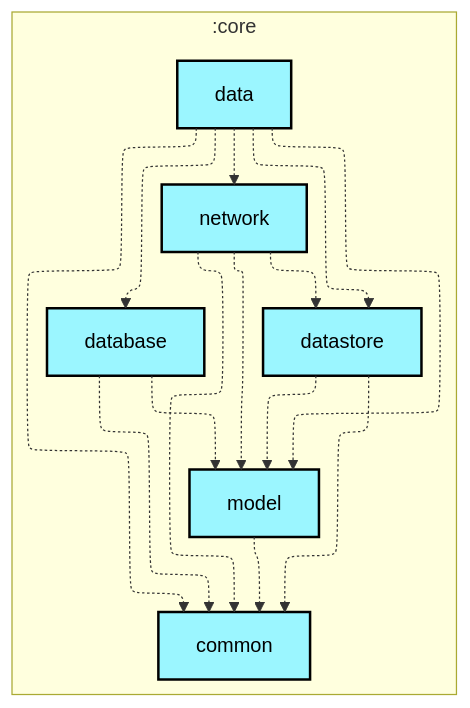
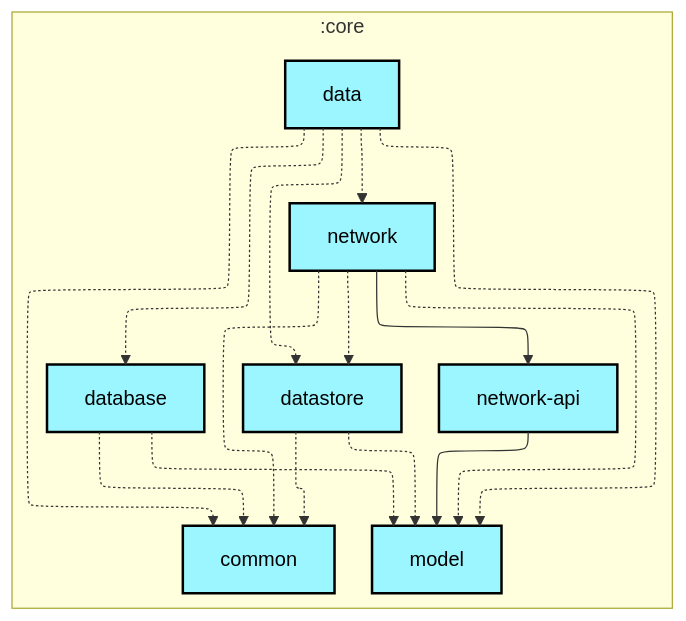
One commit to woods-marshes/chat-multiplatform changed the first of 2 diagrams in core/data/README.md. Above: the diagram before and after it, drawn with Mermaid. The commit also changed other lines of this file and 26 other files, not shown here.

First line of the commit message:
build: fix module graph plugin detection and refresh READMEs

````diff
--- a/core/data/README.md
+++ b/core/data/README.md
@@ -6,37 +6,41 @@
 ```mermaid
 ---
 config:
   layout: elk
   elk:
     nodePlacementStrategy: SIMPLE
 ---
 graph TB
   subgraph :core
     direction TB
     :core:common[common]:::kotlin-multiplatform
     :core:data[data]:::kotlin-multiplatform
     :core:database[database]:::kotlin-multiplatform
     :core:datastore[datastore]:::kotlin-multiplatform
     :core:model[model]:::kotlin-multiplatform
     :core:network[network]:::kotlin-multiplatform
+    :core:network-api[network-api]:::kotlin-multiplatform
   end
 
   :core:data -.-> :core:common
   :core:data -.-> :core:database
   :core:data -.-> :core:datastore
   :core:data -.-> :core:model
   :core:data -.-> :core:network
   :core:database -.-> :core:common
   :core:database -.-> :core:model
   :core:datastore -.-> :core:common
   :core:datastore -.-> :core:model
-  :core:model -.-> :core:common
   :core:network -.-> :core:common
   :core:network -.-> :core:datastore
   :core:network -.-> :core:model
+  :core:network --> :core:network-api
+  :core:network-api --> :core:model
 
 classDef android-application fill:#CAFFBF,stroke:#000,stroke-width:2px,color:#000;
+classDef desktop-application fill:#BDB2FF,stroke:#000,stroke-width:2px,color:#000;
 classDef compose-multiplatform fill:#FFD6A5,stroke:#000,stroke-width:2px,color:#000;
+classDef ktor-server fill:#FDFFB6,stroke:#000,stroke-width:2px,color:#000;
 classDef kotlin-multiplatform fill:#9BF6FF,stroke:#000,stroke-width:2px,color:#000;
 classDef unknown fill:#FFADAD,stroke:#000,stroke-width:2px,color:#000;
 ```
````
